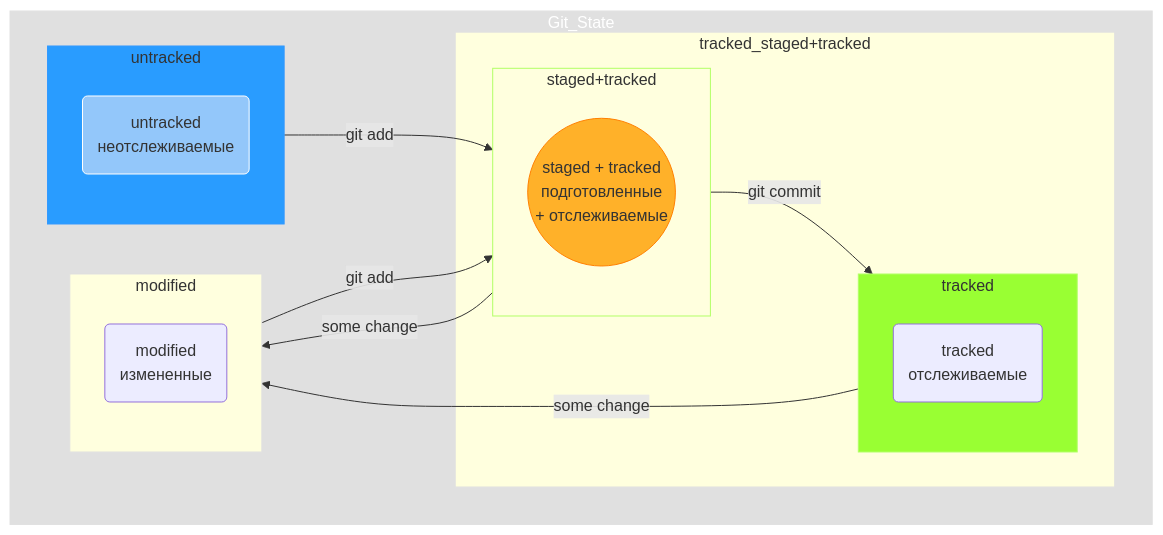
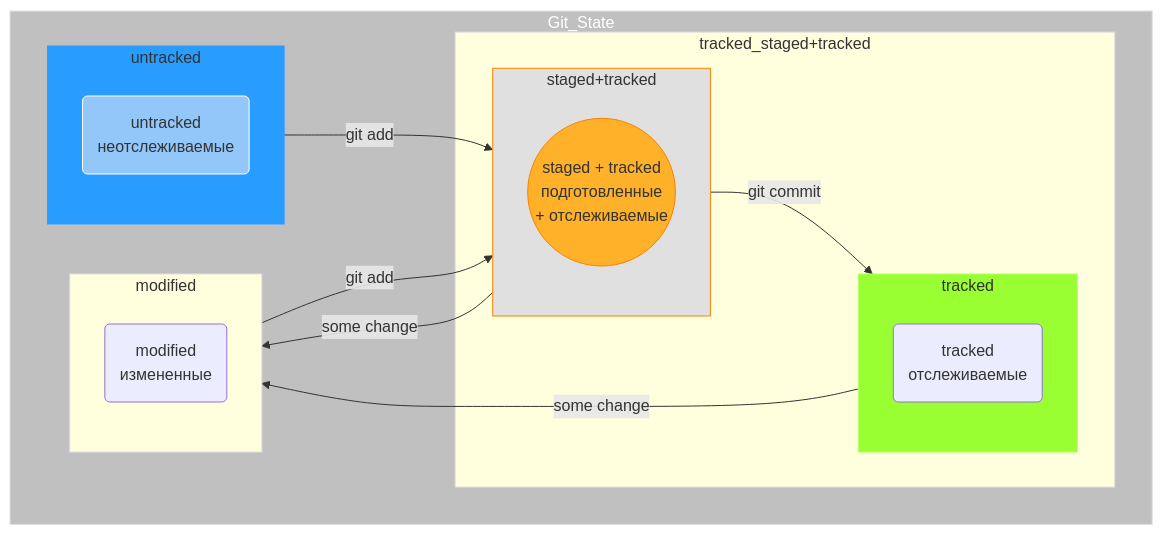
Before and after one commit to AleksandrVakarin/GitInstructionMermaid: the diagram in README.md, drawn with Mermaid.

Commit message:
Изменить границу, изменить цвет границ для диаграммы

````diff
--- a/README.md
+++ b/README.md
@@ -93,51 +93,51 @@
 ```mermaid
 flowchart TD;
 	
 	stgd((staged + tracked<br>подготовленные<br> + отслеживаемые))
 	mdf(modified<br>измененные)
 	untr(untracked<br>неотслеживаемые)
 	trcd(tracked<br>отслеживаемые)
 
 
 	subgraph Git_State
 
 		subgraph untracked
 			untr
 		end
 
 		subgraph tracked_staged+tracked
 
 			subgraph tracked
 				trcd
 			end
 
 			subgraph staged+tracked
 				stgd
 			end
 
 		end
 
 		untracked-- git add -->staged+tracked
 		modified-- git add -->staged+tracked
 		staged+tracked-- some change -->modified
 		staged+tracked-- git commit -->tracked
 		tracked-- some change -->modified
 
 		subgraph modified
 			mdf
 		end
 
 	end
 
-	style Git_State fill: #E0E0E0, stroke: #E0E0E0
+	style Git_State fill: #C0C0C0, stroke: #E0E0E0
 	style stgd fill: #FFB129, stroke: #FF8000
 	style untr fill: #93C7FA, stroke: #FFFFFF
 	style untracked fill: #299CFF, stroke: #3399FF
 	style tracked fill: #99FF33, stroke: #B2FF66
 	style tracked_staged+tracked stroke: #E0E0E0
-	style staged+tracked stroke: #B2FF66
+	style staged+tracked stroke: #FF8000, fill: #E0E0E0
 	style modified stroke: #E0E0E0
-	
+
 	style Git_State color: #FFFFFF
 
 ```
````
